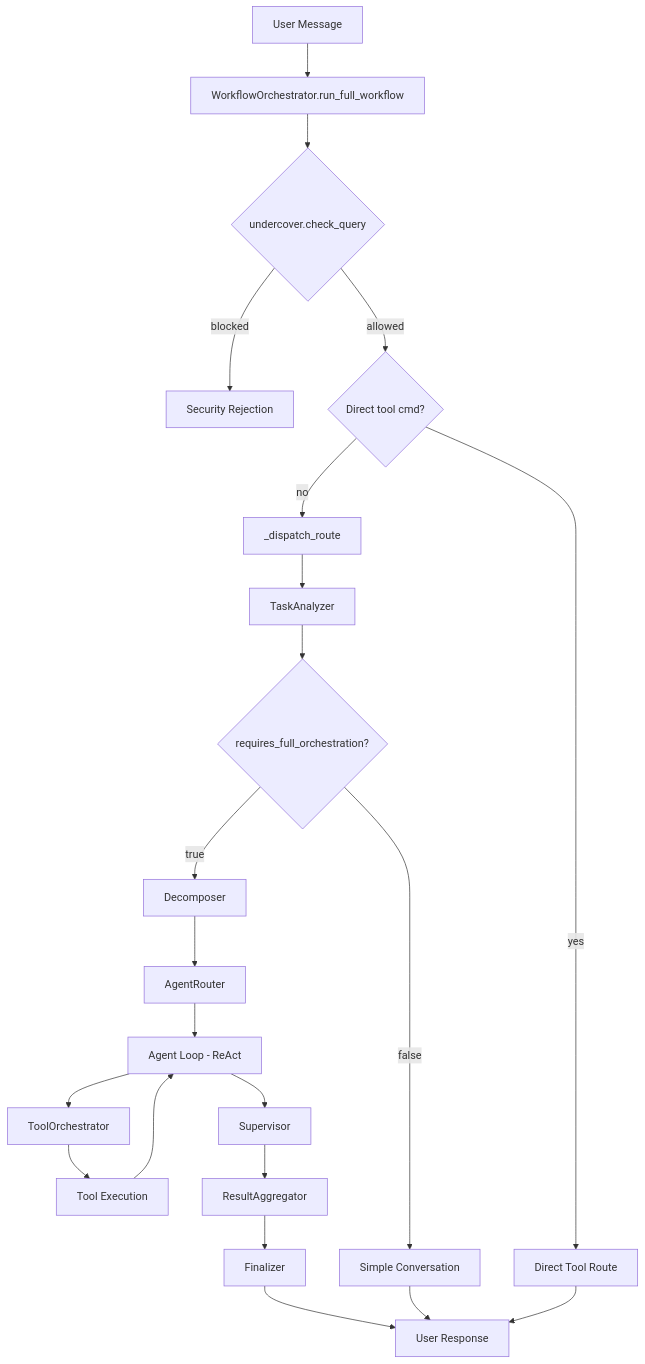
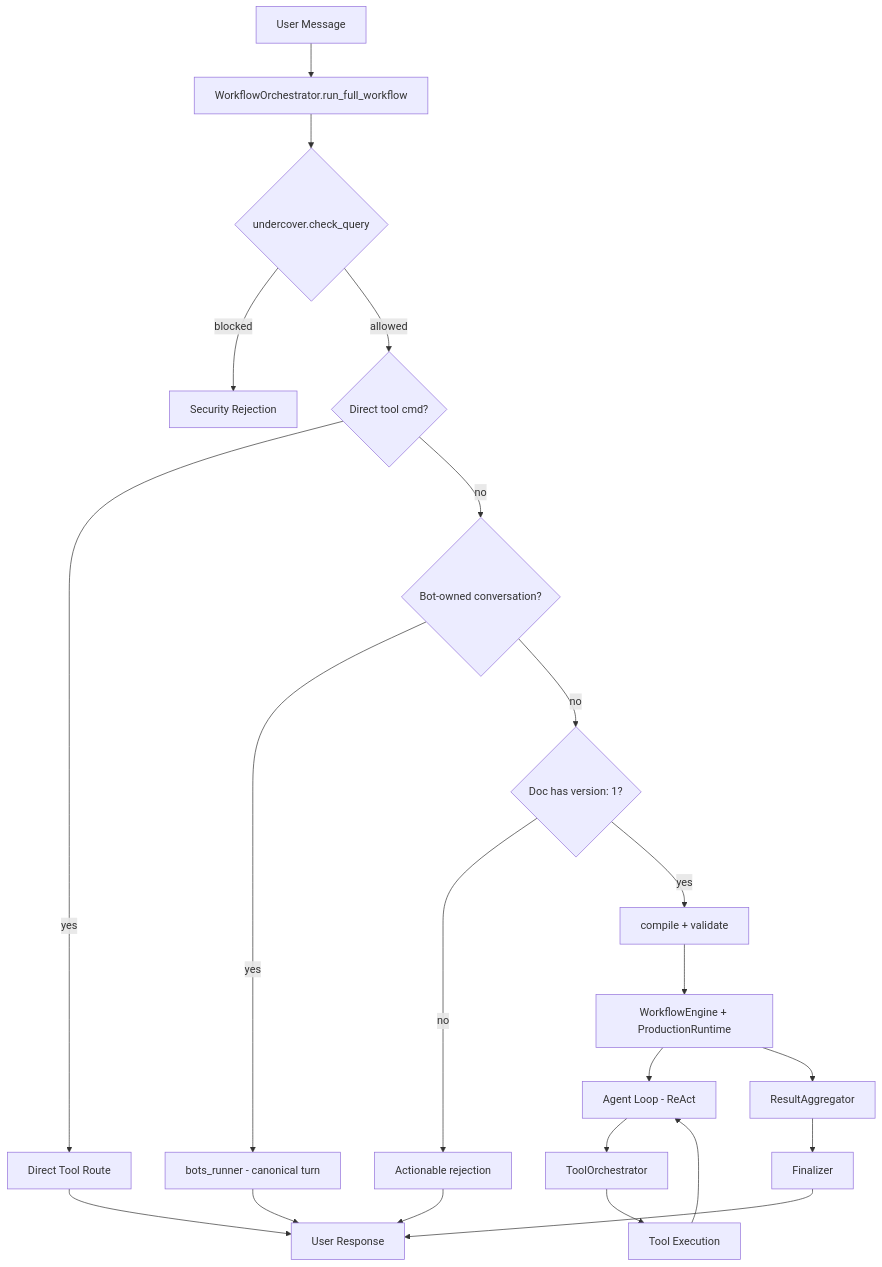
One commit to Morphilab/morphix changed the first of 2 diagrams in docs/architecture/data-flow.md. Above: the diagram before and after it, drawn with Mermaid. The commit also changed other lines of this file and 44 other files, not shown here.

````diff
--- a/docs/architecture/data-flow.md
+++ b/docs/architecture/data-flow.md
@@ -7,24 +7,24 @@
 ```mermaid
 graph TD
     A[User Message] --> B[WorkflowOrchestrator.run_full_workflow]
     B --> C{undercover.check_query}
     C -->|blocked| Z[Security Rejection]
     C -->|allowed| D{Direct tool cmd?}
     D -->|yes| E[Direct Tool Route]
-    D -->|no| F[_dispatch_route]
-    F --> G[TaskAnalyzer]
-    G --> H{requires_full_orchestration?}
-    H -->|false| I[Simple Conversation]
-    H -->|true| J[Decomposer]
-    J --> K[AgentRouter]
-    K --> L[Agent Loop - ReAct]
-    L --> M[ToolOrchestrator]
-    M --> N[Tool Execution]
-    N --> L
-    L --> O[Supervisor]
-    O --> P[ResultAggregator]
-    P --> Q[Finalizer]
-    Q --> R[User Response]
-    I --> R
-    E --> R
+    D -->|no| F{Bot-owned conversation?}
+    F -->|yes| G[bots_runner - canonical turn]
+    F -->|no| H{Doc has version: 1?}
+    H -->|no| X[Actionable rejection]
+    H -->|yes| I[compile + validate]
+    I --> J[WorkflowEngine + ProductionRuntime]
+    J --> K[Agent Loop - ReAct]
+    K --> L[ToolOrchestrator]
+    L --> M[Tool Execution]
+    M --> K
+    J --> N[ResultAggregator]
+    N --> O[Finalizer]
+    O --> P[User Response]
+    E --> P
+    G --> P
+    X --> P
 ```
````
